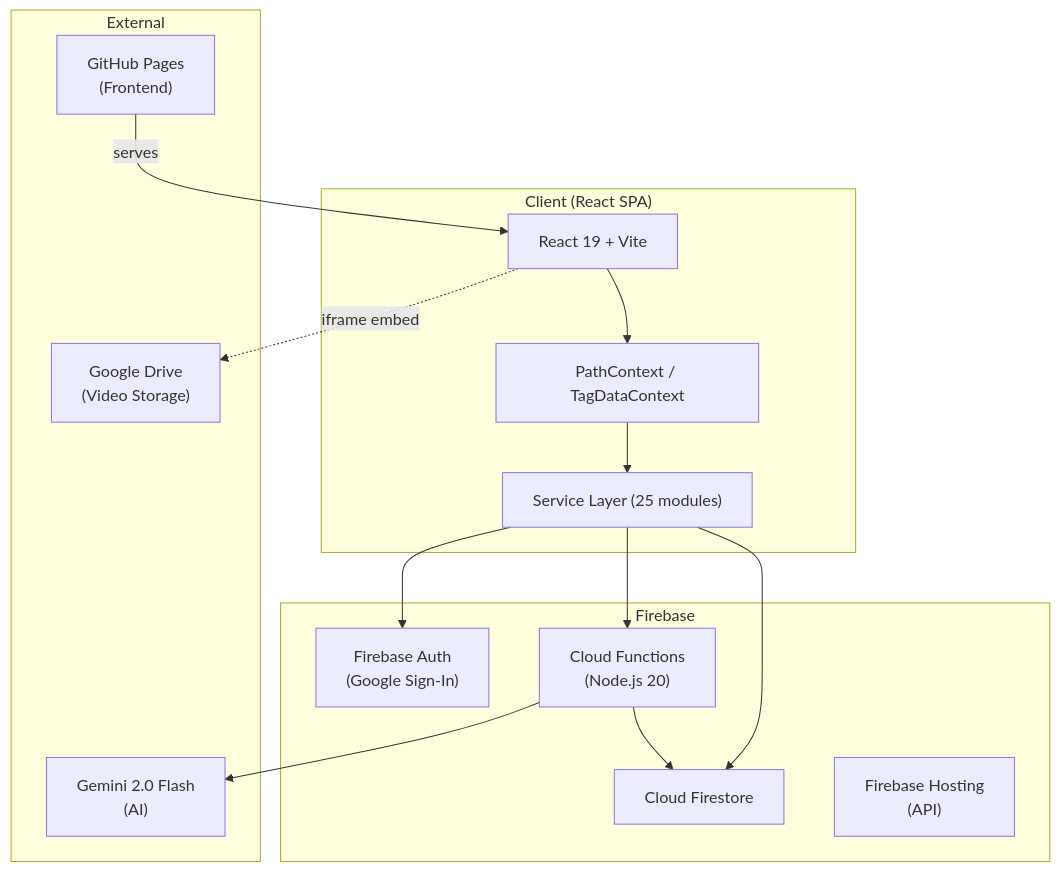
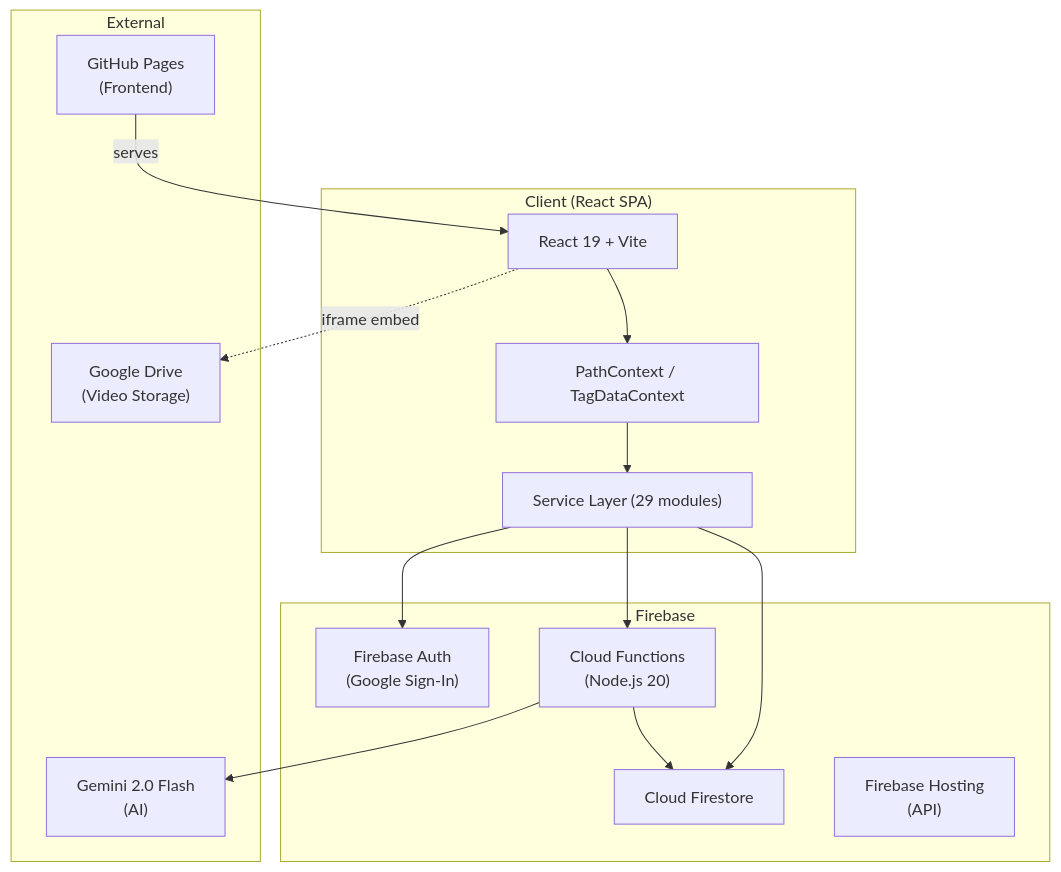
Before and after one commit to SamDeiter/Unreal-Learning-Path-Tagging-System: the first of 7 diagrams in ARCHITECTURE.md, drawn with Mermaid. The commit also changed other lines of this file and 1 other file, not shown here.

First line of the commit message:
Docs: Add v7.0.0 modular architecture to CHANGES.md and ARCHITECTURE.md

````diff
--- a/ARCHITECTURE.md
+++ b/ARCHITECTURE.md
@@ -9,29 +9,29 @@
 ```mermaid
 graph TB
     subgraph "Client (React SPA)"
         UI["React 19 + Vite"]
         CTX["PathContext / TagDataContext"]
-        SVC["Service Layer (25 modules)"]
+        SVC["Service Layer (29 modules)"]
     end
 
     subgraph "Firebase"
         AUTH["Firebase Auth<br/>(Google Sign-In)"]
         FS["Cloud Firestore"]
         CF["Cloud Functions<br/>(Node.js 20)"]
         FH["Firebase Hosting<br/>(API)"]
     end
 
     subgraph "External"
         GD["Google Drive<br/>(Video Storage)"]
         GM["Gemini 2.0 Flash<br/>(AI)"]
         GHP["GitHub Pages<br/>(Frontend)"]
     end
 
     UI --> CTX --> SVC
     SVC --> AUTH
     SVC --> FS
     SVC --> CF --> GM
     CF --> FS
     UI -.->|iframe embed| GD
     GHP -->|serves| UI
 ```
````
